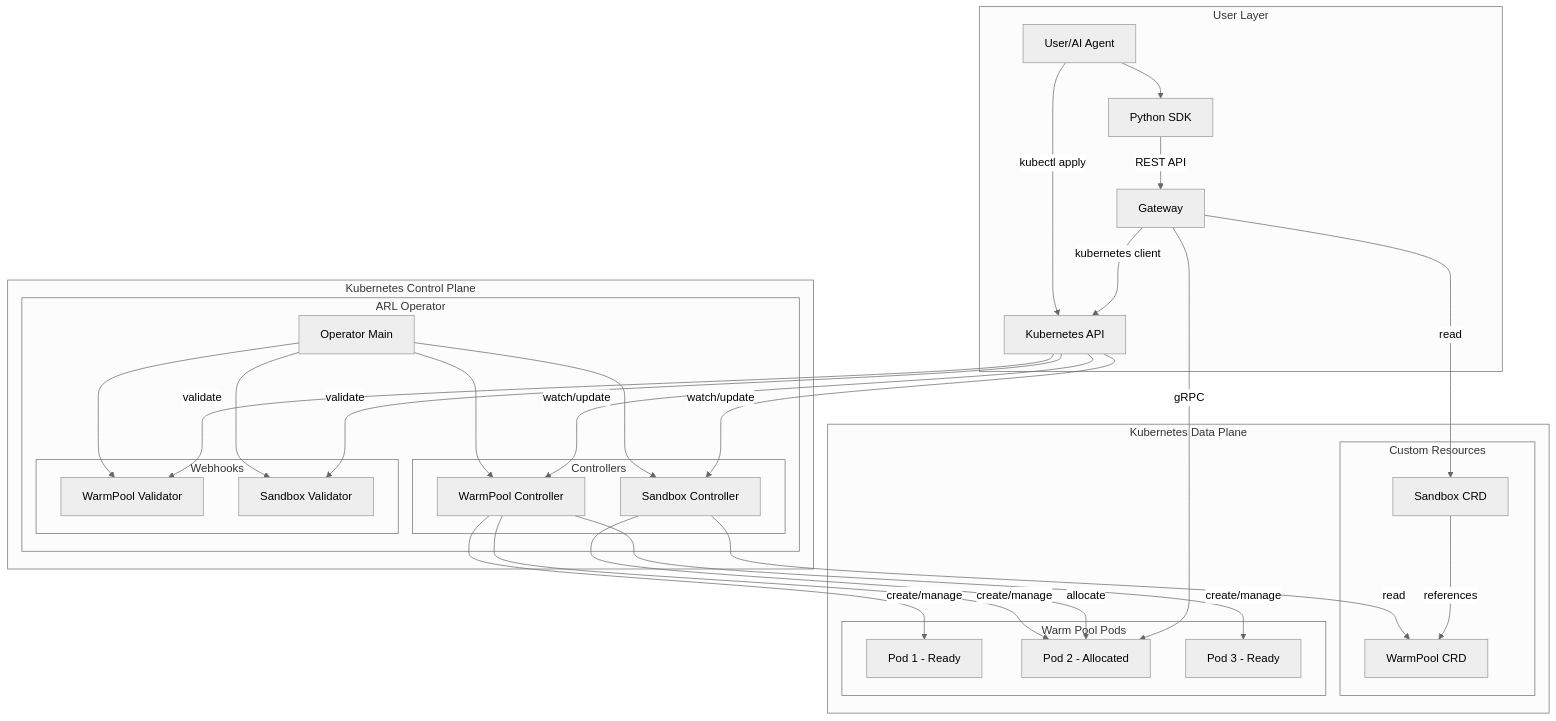
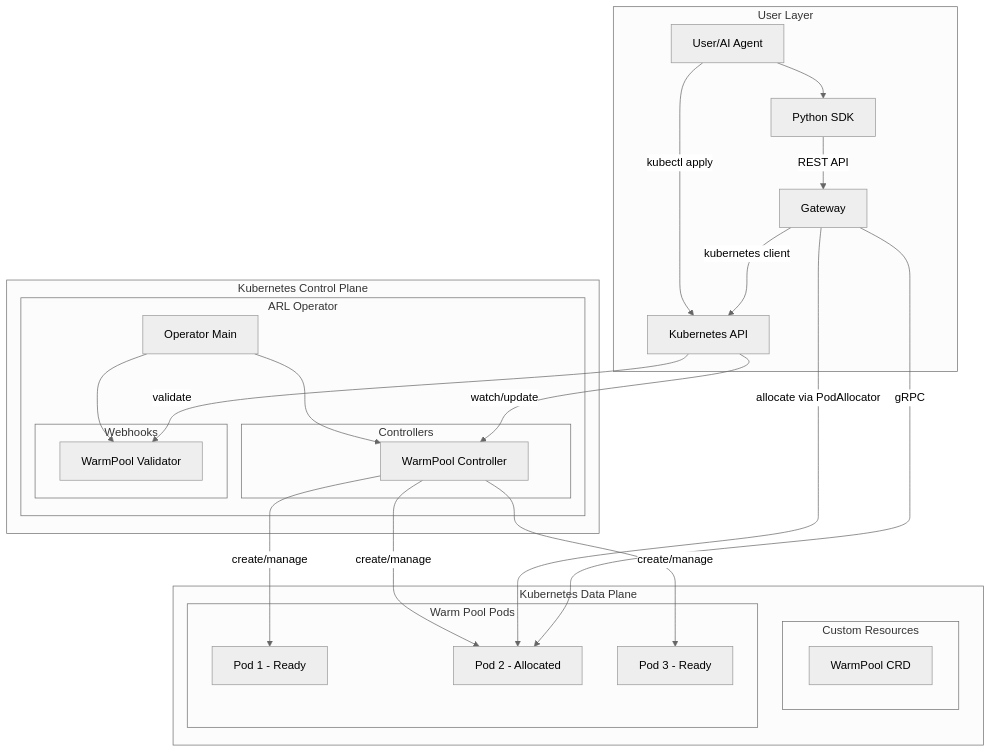
The first of 4 diagrams in docs/developer-guide/architecture.md (Lincyaw/agent-env), drawn with Mermaid (neutral theme) before and after one commit. The commit also changed other lines of this file and 11 other files, not shown here.

First line of the commit message:
docs: remove outdated Sandbox CRD and SandboxController references

````diff
--- a/docs/developer-guide/architecture.md
+++ b/docs/developer-guide/architecture.md
@@ -12,64 +12,52 @@
 ```mermaid
 graph TB
     subgraph "User Layer"
         User[User/AI Agent]
         PythonSDK[Python SDK]
         User --> PythonSDK
         User --> |kubectl apply| K8sAPI[Kubernetes API]
         PythonSDK --> |REST API| Gateway[Gateway]
     end
 
     subgraph "Kubernetes Control Plane"
         K8sAPI
         Gateway --> |kubernetes client| K8sAPI
 
         subgraph "ARL Operator"
             Operator[Operator Main]
 
             subgraph "Controllers"
                 WPCtrl[WarmPool Controller]
-                SBCtrl[Sandbox Controller]
             end
 
             subgraph "Webhooks"
                 WPWebhook[WarmPool Validator]
-                SBWebhook[Sandbox Validator]
             end
 
             Operator --> WPCtrl
-            Operator --> SBCtrl
             Operator --> WPWebhook
-            Operator --> SBWebhook
         end
 
         K8sAPI --> |validate| WPWebhook
-        K8sAPI --> |validate| SBWebhook
         K8sAPI --> |watch/update| WPCtrl
-        K8sAPI --> |watch/update| SBCtrl
     end
 
     subgraph "Kubernetes Data Plane"
         subgraph "Custom Resources"
             WP[WarmPool CRD]
-            SB[Sandbox CRD]
         end
 
         subgraph "Warm Pool Pods"
             Pod1[Pod 1 - Ready]
             Pod2[Pod 2 - Allocated]
             Pod3[Pod 3 - Ready]
         end
     end
 
     WPCtrl --> |create/manage| Pod1
     WPCtrl --> |create/manage| Pod2
     WPCtrl --> |create/manage| Pod3
 
-    SBCtrl --> |allocate| Pod2
-    SBCtrl --> |read| WP
-
+    Gateway --> |allocate via PodAllocator| Pod2
     Gateway --> |gRPC| Pod2
-    Gateway --> |read| SB
-
-    SB --> |references| WP
 ```
````
